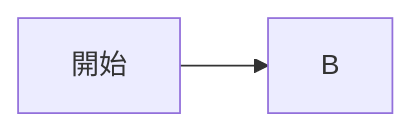
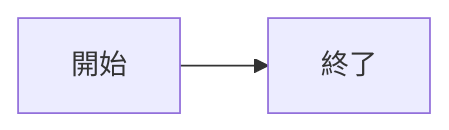
The diagram in README.md (tpu-game-2022/mermaid_test), drawn with Mermaid before and after one commit.

````diff
--- a/README.md
+++ b/README.md
@@ -20,4 +20,4 @@
 ```mermaid
 flowchart LR;
-  A["開始"] --> B
+  A["開始"] --> B["終了"]
 ```
````
